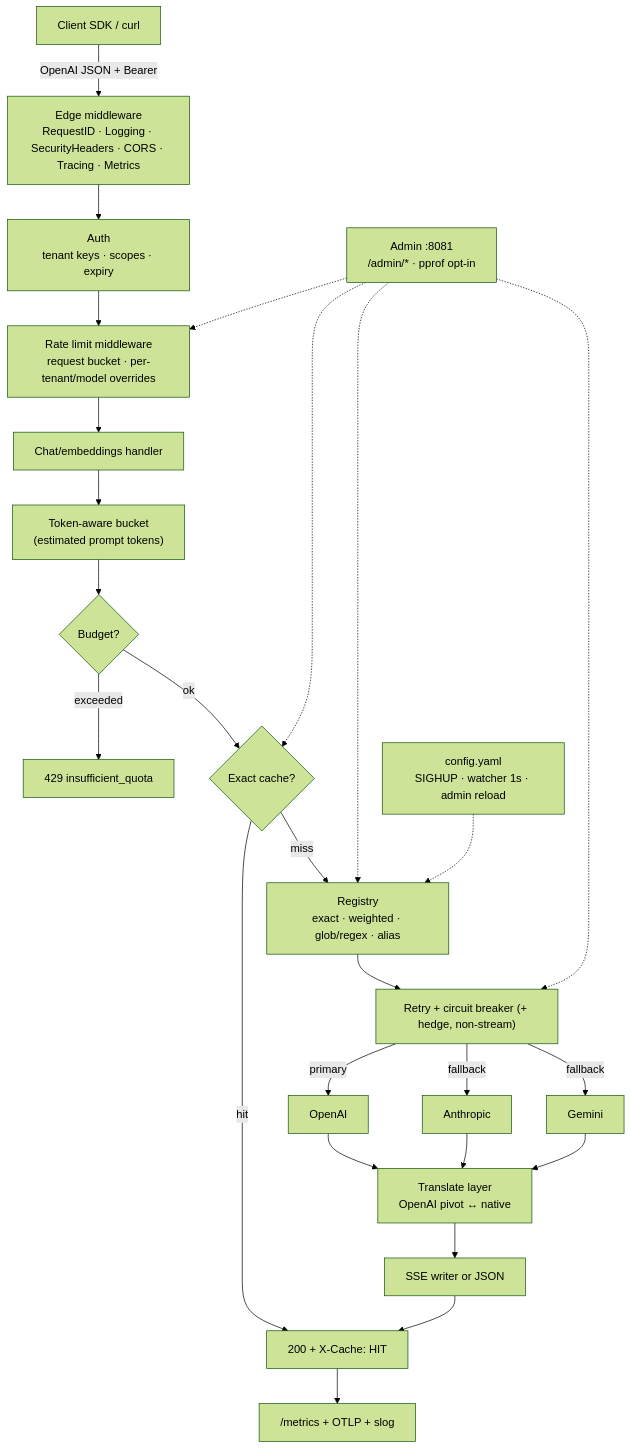
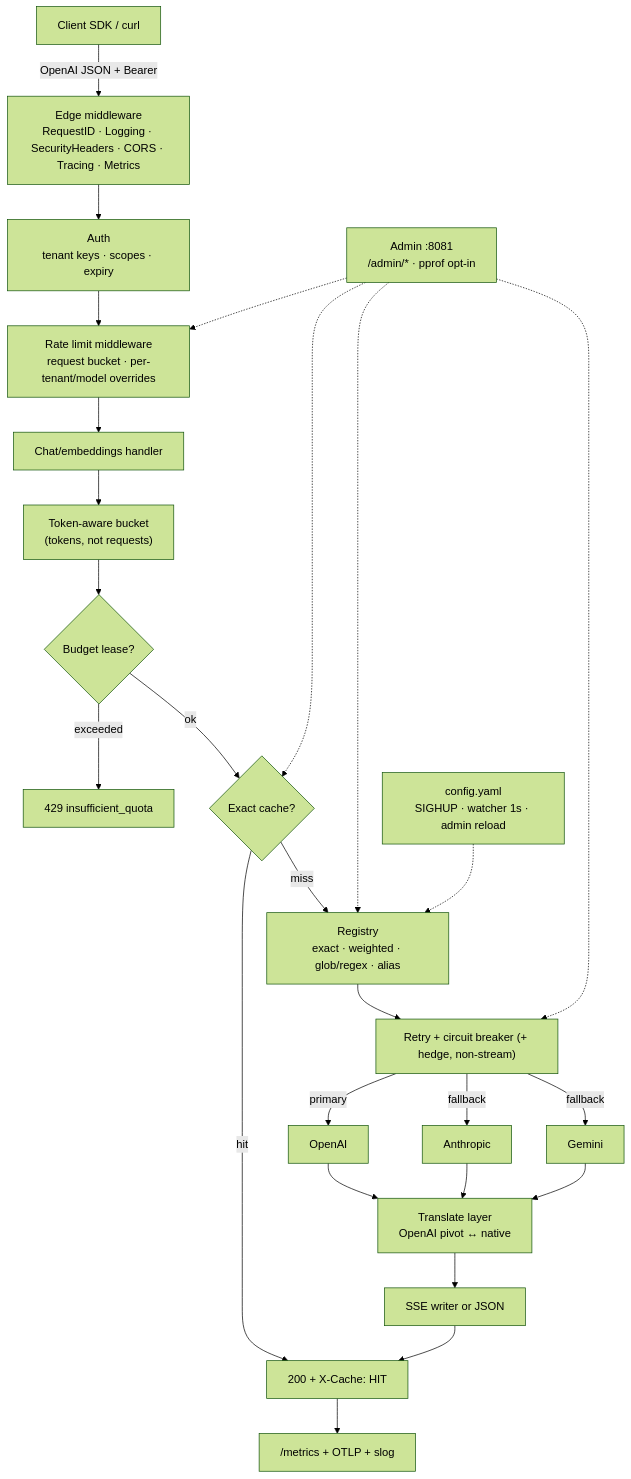
One commit to Francisco-cor/LLM-API-Gateway changed the second of 4 diagrams in docs/ARCHITECTURE.md. Above: the diagram before and after it, drawn with Mermaid (forest theme). The commit also changed other lines of this file and 1 other file, not shown here.

Commit message:
docs(architecture): update streaming, leases and module map; add ADR-005

````diff
--- a/docs/ARCHITECTURE.md
+++ b/docs/ARCHITECTURE.md
@@ -42,28 +42,28 @@
 ```mermaid
 flowchart TB
     Client["Client SDK / curl"] -->|"OpenAI JSON + Bearer"| Edge["Edge middleware<br/>RequestID · Logging · SecurityHeaders · CORS · Tracing · Metrics"]
     Edge --> Auth["Auth<br/>tenant keys · scopes · expiry"]
     Auth --> RL["Rate limit middleware<br/>request bucket · per-tenant/model overrides"]
     RL --> Chat["Chat/embeddings handler"]
-    Chat --> Tok["Token-aware bucket<br/>(estimated prompt tokens)"]
-    Tok --> Budget{"Budget?"}
+    Chat --> Tok["Token-aware bucket<br/>(tokens, not requests)"]
+    Tok --> Budget{"Budget lease?"}
     Budget -->|"exceeded"| R429["429 insufficient_quota"]
     Budget -->|"ok"| Cache{"Exact cache?"}
     Cache -->|"hit"| Resp["200 + X-Cache: HIT"]
     Cache -->|"miss"| Router["Registry<br/>exact · weighted · glob/regex · alias"]
     Router --> CB["Retry + circuit breaker (+ hedge, non-stream)"]
     CB -->|"primary"| P1["OpenAI"]
     CB -->|"fallback"| P2["Anthropic"]
     CB -->|"fallback"| P3["Gemini"]
     P1 --> Translate["Translate layer<br/>OpenAI pivot ↔ native"]
     P2 --> Translate
     P3 --> Translate
     Translate --> Stream["SSE writer or JSON"]
     Stream --> Resp
     Resp --> Metrics["/metrics + OTLP + slog"]
     Admin["Admin :8081<br/>/admin/* · pprof opt-in"] -.-> Router
     Admin -.-> RL
     Admin -.-> CB
     Admin -.-> Cache
     Config["config.yaml<br/>SIGHUP · watcher 1s · admin reload"] -.-> Router
 ```
````
